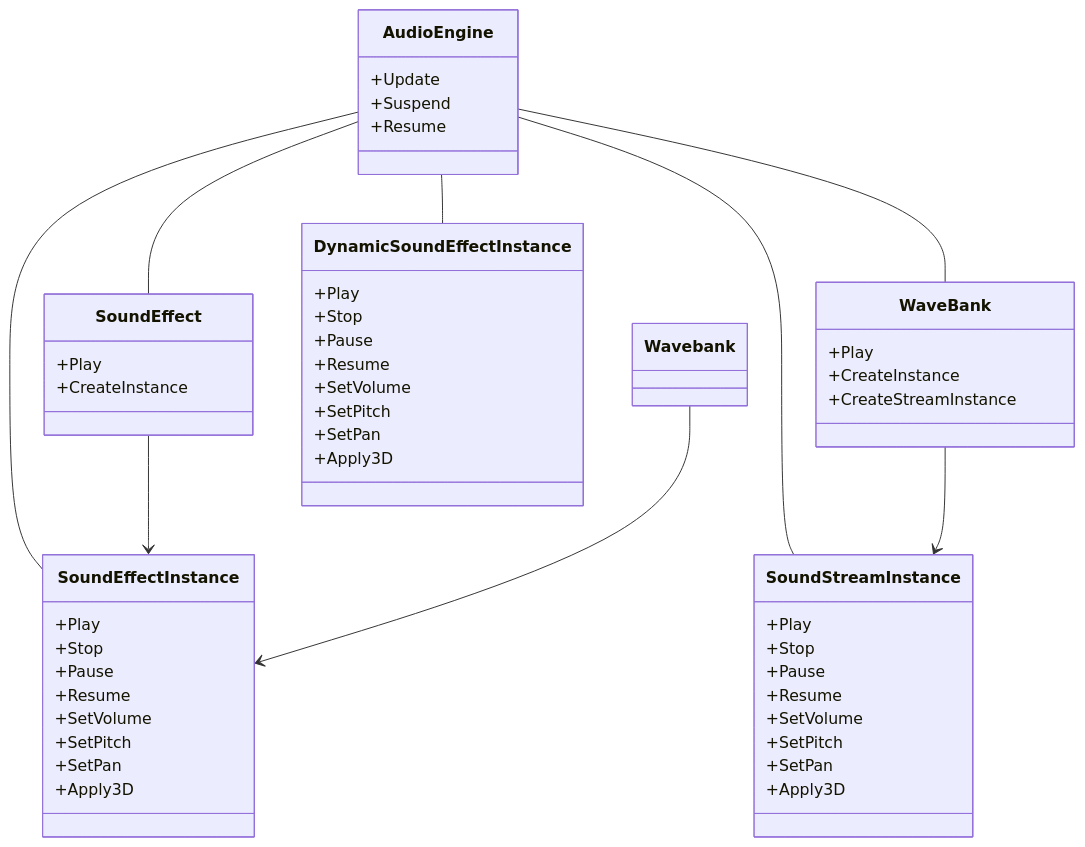
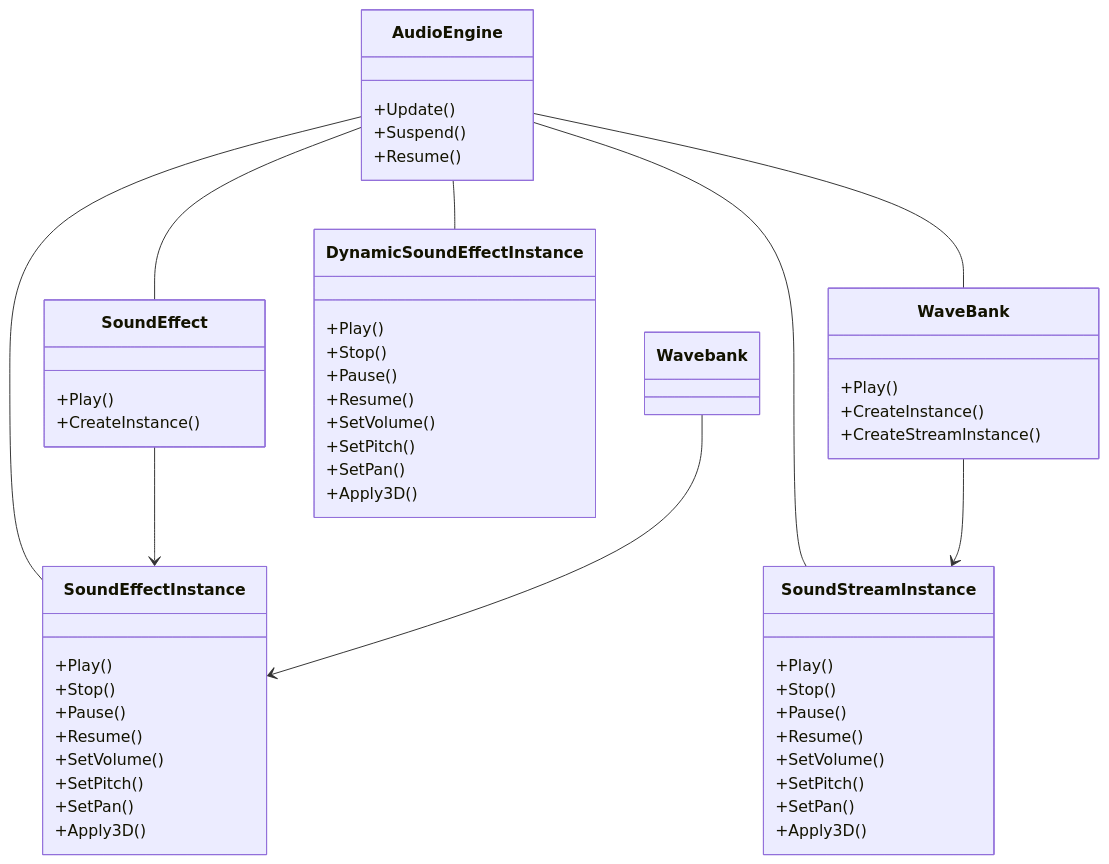
Before and after one commit to neogrammer/Wiki: the first of 2 diagrams in Audio.md, drawn with Mermaid. The commit also changed other lines of this file, not shown here.

Commit message:
Updated Audio (markdown)

````diff
--- a/Audio.md
+++ b/Audio.md
@@ -18,56 +18,55 @@
 ```mermaid
 classDiagram
 class AudioEngine{
-   +Update
-   +Suspend
-   +Resume
+   +Update()
+   +Suspend()
+   +Resume()
 }
 class SoundEffect{
-   +Play
-   +CreateInstance
+   +Play()
+   +CreateInstance()
 }
 class WaveBank{
-   +Play
-   +CreateInstance
-   +CreateStreamInstance
+   +Play()
+   +CreateInstance()
+   +CreateStreamInstance()
 }
 class SoundEffectInstance{
-   +Play
-   +Stop
-   +Pause
-   +Resume
-   +SetVolume
-   +SetPitch
-   +SetPan
-   +Apply3D
+   +Play()
+   +Stop()
+   +Pause()
+   +Resume()
+   +SetVolume()
+   +SetPitch()
+   +SetPan()
+   +Apply3D()
 }
 class SoundStreamInstance{
-   +Play
-   +Stop
-   +Pause
-   +Resume
-   +SetVolume
-   +SetPitch
-   +SetPan
-   +Apply3D
-
+   +Play()
+   +Stop()
+   +Pause()
+   +Resume()
+   +SetVolume()
+   +SetPitch()
+   +SetPan()
+   +Apply3D()
 }
 class DynamicSoundEffectInstance{
-   +Play
-   +Stop
-   +Pause
-   +Resume
-   +SetVolume
-   +SetPitch
-   +SetPan
-   +Apply3D
+   +Play()
+   +Stop()
+   +Pause()
+   +Resume()
+   +SetVolume()
+   +SetPitch()
+   +SetPan()
+   +Apply3D()
 }
 AudioEngine -- SoundEffect
 AudioEngine -- WaveBank
 AudioEngine -- SoundEffectInstance
 AudioEngine -- SoundStreamInstance
 AudioEngine -- DynamicSoundEffectInstance
 SoundEffect --> SoundEffectInstance
 Wavebank --> SoundEffectInstance
 WaveBank --> SoundStreamInstance
 ```
````
